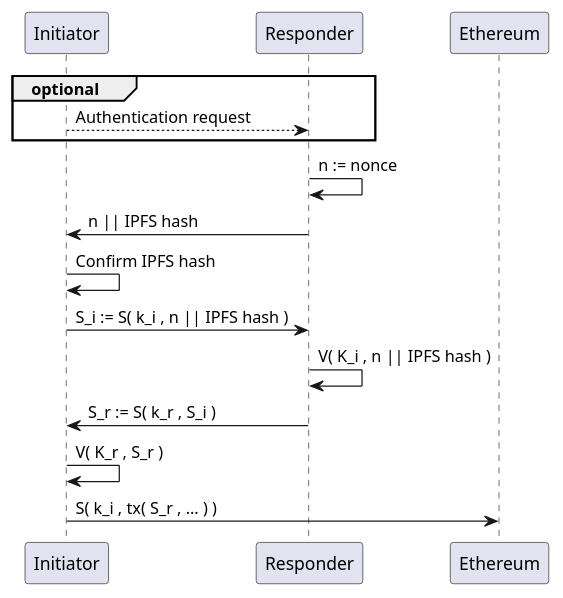
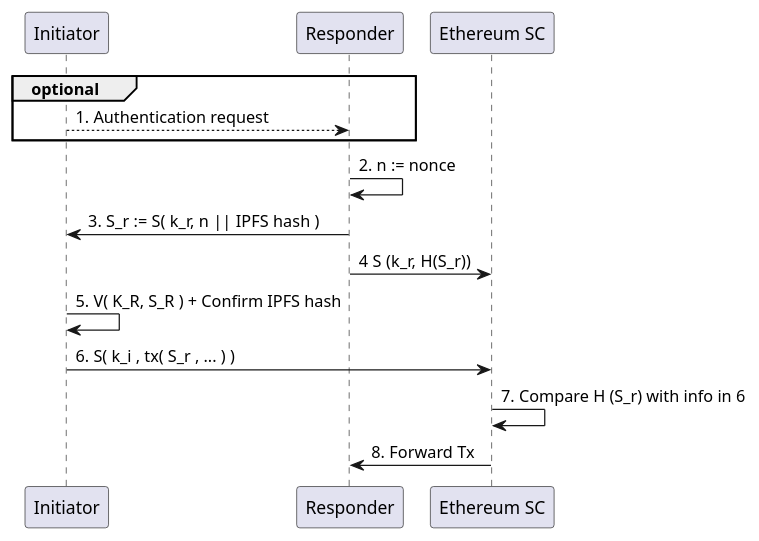
One commit to PeterAltmann/LFIOT changed the diagram in Multi authentication.md. Above: the diagram before and after it, drawn with PlantUML. The commit also changed other lines of this file and 1 other file, not shown here.

````diff
--- a/Multi authentication.md
+++ b/Multi authentication.md
@@ -23,20 +23,19 @@
 ```plantuml
 @startuml
 participant Initiator as I
 participant Responder as R
-participant Ethereum as E
+participant "Ethereum SC" as E
 
 group optional
-I --> R: Authentication request
+I --> R: 1. Authentication request
 end
-R -> R: n := nonce
-R -> I: n || IPFS hash
-I -> I: Confirm IPFS hash
-I -> R: S_i := S( k_i , n || IPFS hash )
-R -> R: V( K_i , n || IPFS hash )
-R -> I: S_r := S( k_r , S_i )
-I -> I: V( K_r , S_r )
-I -> E: S( k_i , tx( S_r , ... ) )
+R -> R: 2. n := nonce
+R -> I: 3. S_r := S( k_r, n || IPFS hash )
+R -> E: 4 S (k_r, H(S_r))
+I -> I: 5. V( K_R, S_R ) + Confirm IPFS hash
+I -> E: 6. S( k_i , tx( S_r , ... ) )
+E -> E: 7. Compare H (S_r) with info in 6
+E -> R: 8. Forward Tx
 
 @enduml
 ```
````
